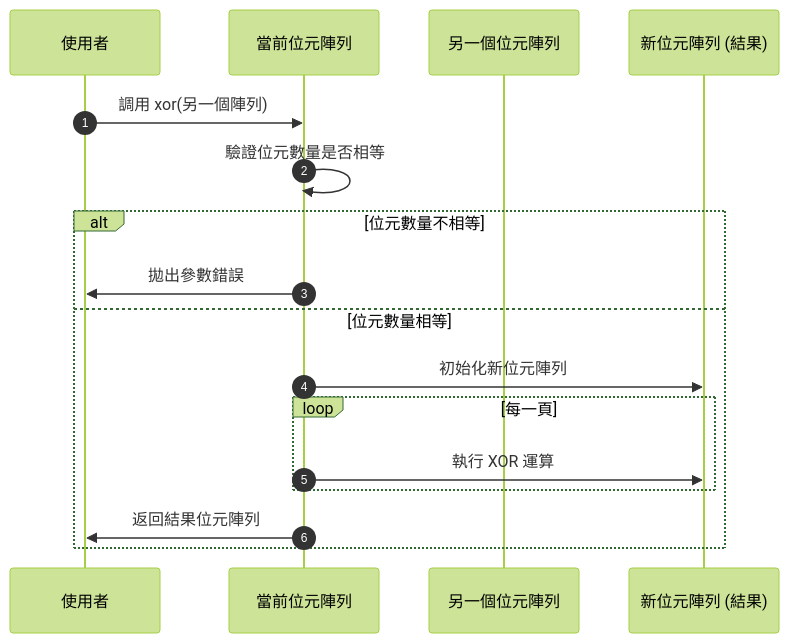
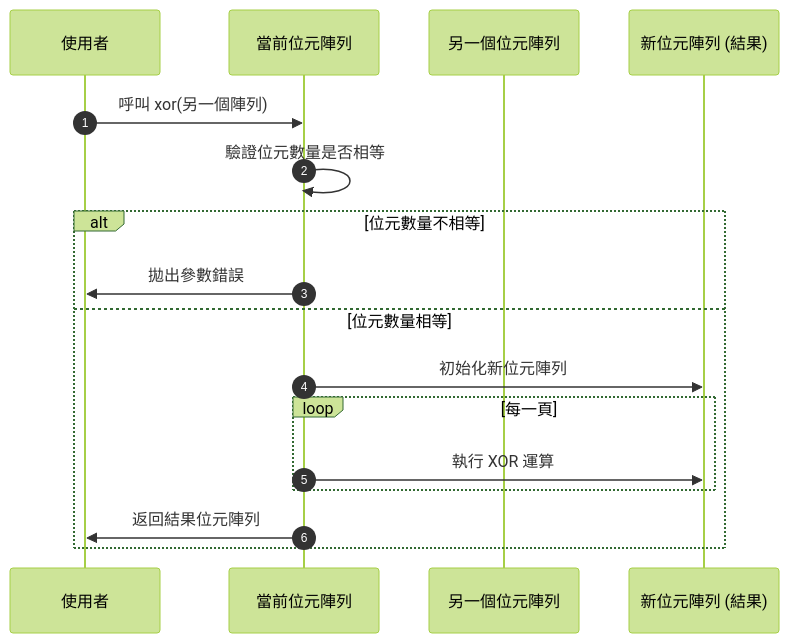
One commit to leoshiang/dx-core changed the fifth of 17 diagrams in docs/位元陣列.md. Above: the diagram before and after it, drawn with Mermaid (forest theme). The commit also changed other lines of this file and 1 other file, not shown here.

````diff
--- a/docs/位元陣列.md
+++ b/docs/位元陣列.md
@@ -284,20 +264,20 @@
 ```mermaid
 sequenceDiagram
   autoNumber
   participant User as 使用者
   participant CurrentArray as 當前位元陣列
   participant AnotherArray as 另一個位元陣列
   participant ResultArray as 新位元陣列 (結果)
 
-  User->>CurrentArray: 調用 xor(另一個陣列)
+  User->>CurrentArray: 呼叫 xor(另一個陣列)
   CurrentArray->>CurrentArray: 驗證位元數量是否相等
   alt 位元數量不相等
     CurrentArray->>User: 拋出參數錯誤
   else 位元數量相等
     CurrentArray->>ResultArray: 初始化新位元陣列
     loop 每一頁
       CurrentArray->>ResultArray: 執行 XOR 運算
     end
     CurrentArray->>User: 返回結果位元陣列
   end
 ```
````
